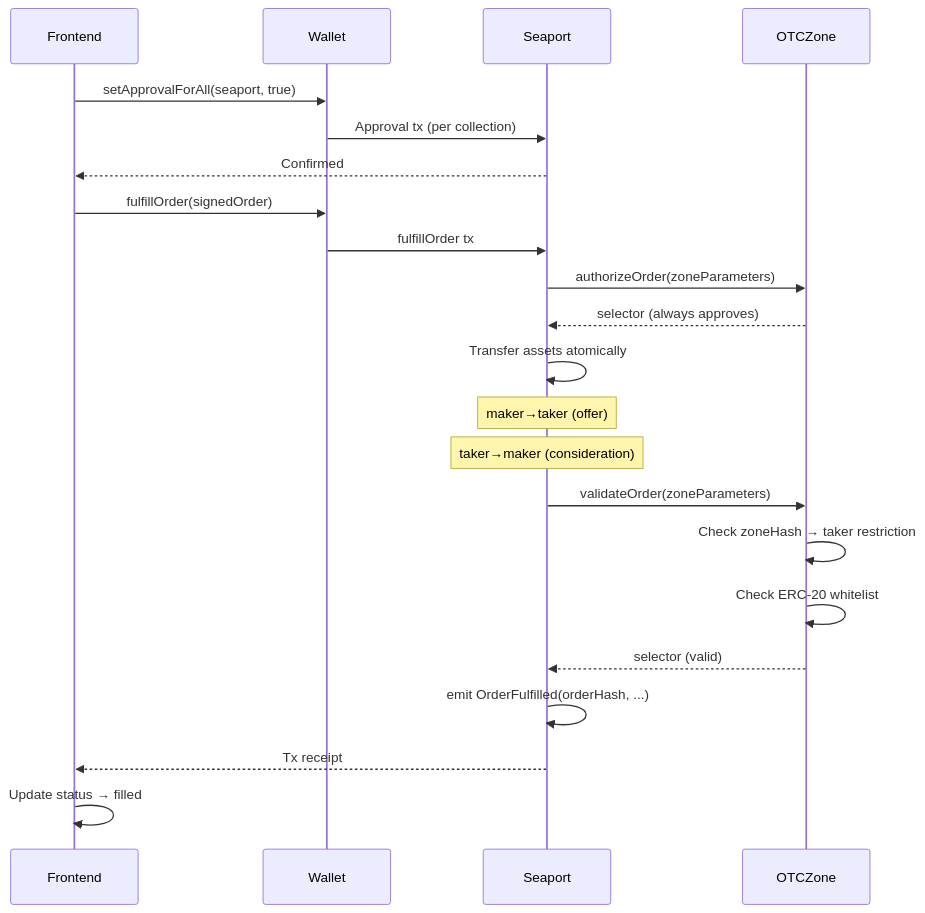
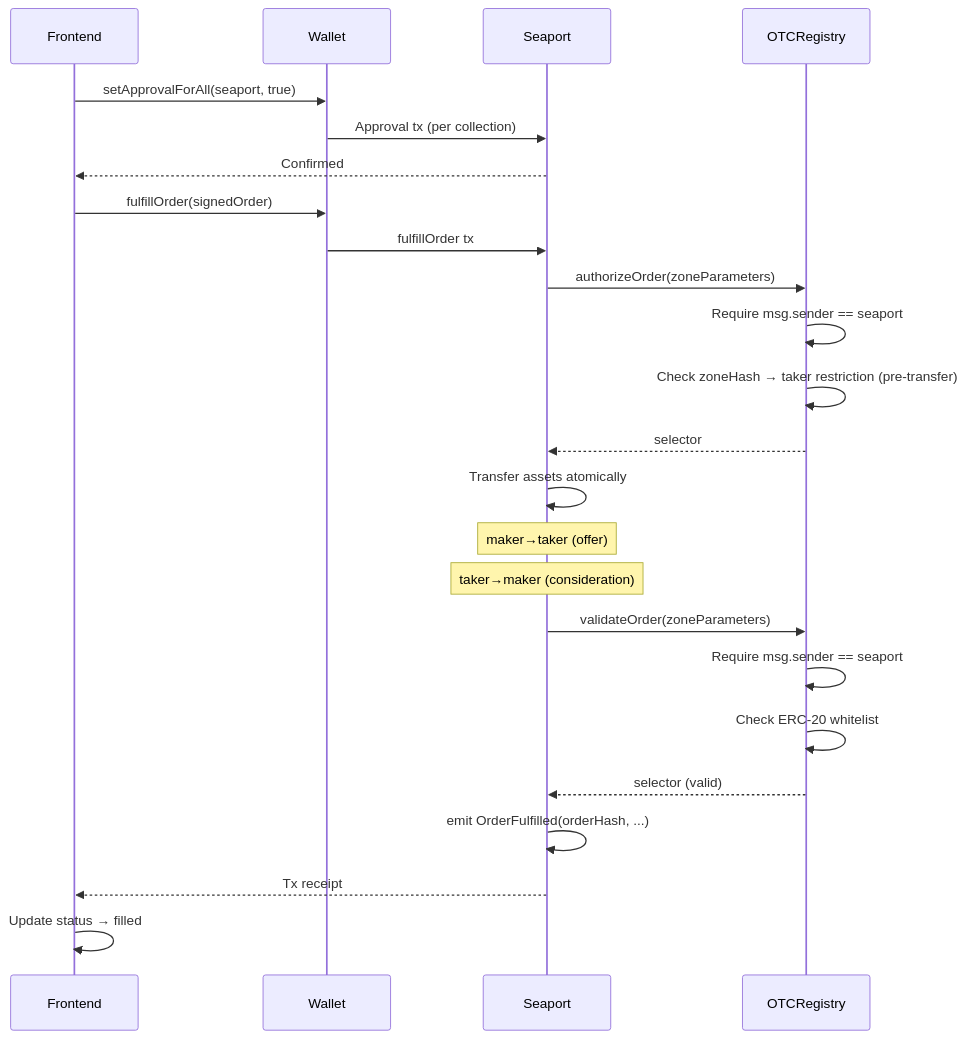
One commit to shukudaidayo/ocarina-trade changed the third of 5 diagrams in docs/flows.md. Above: the diagram before and after it, drawn with Mermaid. The commit also changed other lines of this file and 13 other files, not shown here.

First line of the commit message:
Migrate OTCZone → OTCRegistry with full audit-round fixes

````diff
--- a/docs/flows.md
+++ b/docs/flows.md
@@ -57,31 +67,33 @@
 ```mermaid
 sequenceDiagram
     participant F as Frontend
     participant W as Wallet
     participant S as Seaport
-    participant Z as OTCZone
+    participant Z as OTCRegistry
 
     F->>W: setApprovalForAll(seaport, true)
     W->>S: Approval tx (per collection)
     S-->>F: Confirmed
 
     F->>W: fulfillOrder(signedOrder)
     W->>S: fulfillOrder tx
 
     S->>Z: authorizeOrder(zoneParameters)
-    Z-->>S: selector (always approves)
+    Z->>Z: Require msg.sender == seaport
+    Z->>Z: Check zoneHash → taker restriction (pre-transfer)
+    Z-->>S: selector
 
     S->>S: Transfer assets atomically
     Note over S: maker→taker (offer)
     Note over S: taker→maker (consideration)
 
     S->>Z: validateOrder(zoneParameters)
-    Z->>Z: Check zoneHash → taker restriction
+    Z->>Z: Require msg.sender == seaport
     Z->>Z: Check ERC-20 whitelist
     Z-->>S: selector (valid)
 
     S->>S: emit OrderFulfilled(orderHash, ...)
     S-->>F: Tx receipt
 
     F->>F: Update status → filled
 ```
````
